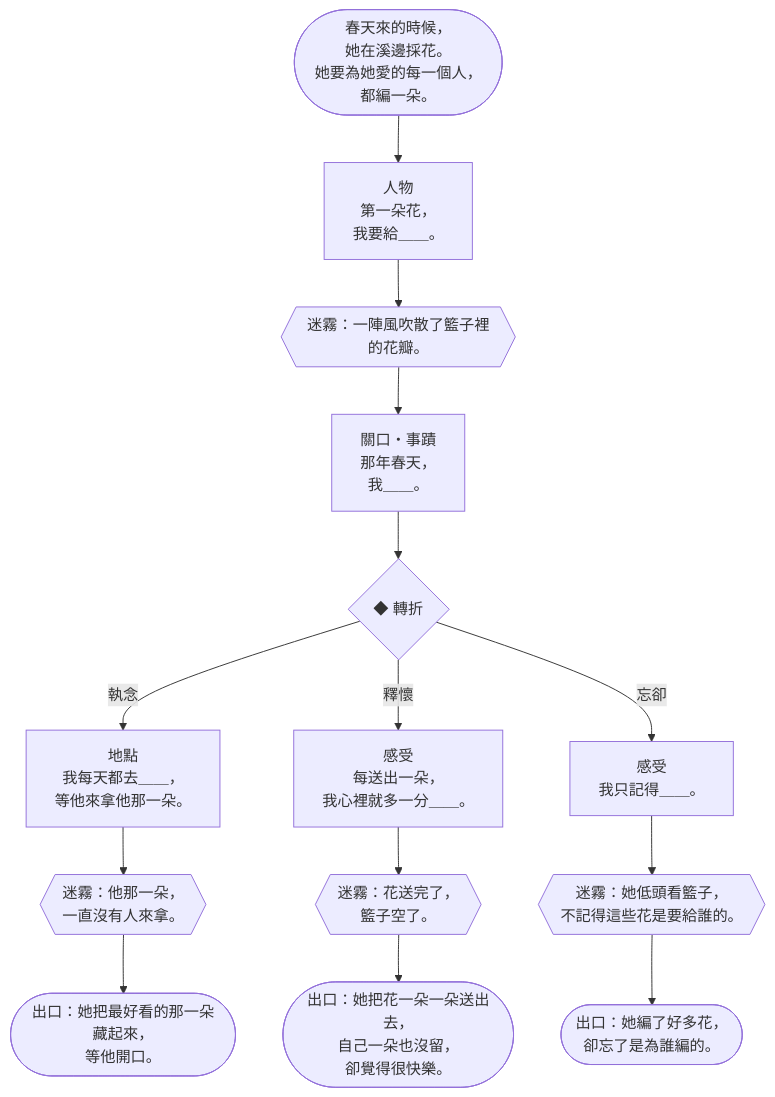
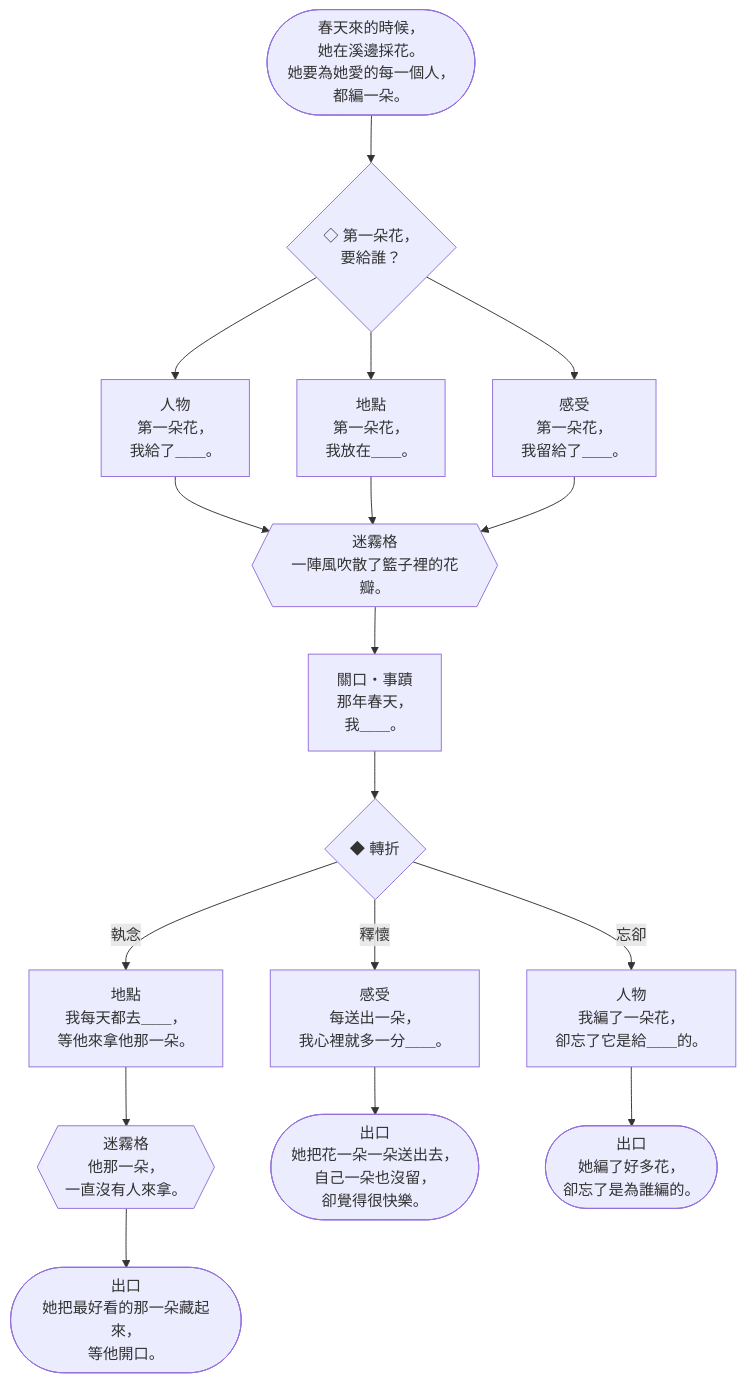
The fourth of 15 diagrams in docs/design/V5-storybooks.zh-TW.md (Ralph-Liu-Hub/Boardgame-Netherbloom), drawn with Mermaid before and after one commit. The commit also changed other lines of this file, not shown here.

````diff
--- a/docs/design/V5-storybooks.zh-TW.md
+++ b/docs/design/V5-storybooks.zh-TW.md
@@ -324,9 +400,33 @@
 ```mermaid
 flowchart TD
-  c0E(["春天來的時候，<br>她在溪邊採花。<br>她要為她愛的每一個人，<br>都編一朵。"]) --> c0A
-  c0A["人物<br>第一朵花，<br>我要給＿＿。"] --> c0M{{"迷霧：一陣風吹散了籃子裡的花瓣。"}}
-  c0M --> c0B["關口・事蹟<br>那年春天，<br>我＿＿。"] --> c0T{"◆ 轉折"}
-  c0T -- 執念 --> c0C0["地點<br>我每天都去＿＿，<br>等他來拿他那一朵。"] --> c0X0{{"迷霧：他那一朵，<br>一直沒有人來拿。"}} --> c0O0(["出口：她把最好看的那一朵藏起來，<br>等他開口。"])
-  c0T -- 釋懷 --> c0C1["感受<br>每送出一朵，<br>我心裡就多一分＿＿。"] --> c0X1{{"迷霧：花送完了，<br>籃子空了。"}} --> c0O1(["出口：她把花一朵一朵送出去，<br>自己一朵也沒留，<br>卻覺得很快樂。"])
-  c0T -- 忘卻 --> c0C2["感受<br>我只記得＿＿。"] --> c0X2{{"迷霧：她低頭看籃子，<br>不記得這些花是要給誰的。"}} --> c0O2(["出口：她編了好多花，<br>卻忘了是為誰編的。"])
+  c0E(["春天來的時候，<br>她在溪邊採花。<br>她要為她愛的每一個人，<br>都編一朵。"]) --> c0p1
+  c0p1{"◇ 第一朵花，<br>要給誰？"}
+  c0p1 --> c0a1
+  c0p1 --> c0a2
+  c0p1 --> c0a3
+  c0a1["人物<br>第一朵花，<br>我給了＿＿。"]
+  c0a1 --> c0x1
+  c0a2["地點<br>第一朵花，<br>我放在＿＿。"]
+  c0a2 --> c0x1
+  c0a3["感受<br>第一朵花，<br>我留給了＿＿。"]
+  c0a3 --> c0x1
+  c0x1{{"迷霧格<br>一陣風吹散了籃子裡的花瓣。"}}
+  c0x1 --> c0b
+  c0b["關口・事蹟<br>那年春天，<br>我＿＿。"]
+  c0b --> c0f
+  c0f{"◆ 轉折"}
+  c0f -- 執念 --> c0c1
+  c0f -- 釋懷 --> c0c2
+  c0f -- 忘卻 --> c0c3
+  c0c1["地點<br>我每天都去＿＿，<br>等他來拿他那一朵。"]
+  c0c1 --> c0x2
+  c0x2{{"迷霧格<br>他那一朵，<br>一直沒有人來拿。"}}
+  c0x2 --> c0o1
+  c0c2["感受<br>每送出一朵，<br>我心裡就多一分＿＿。"]
+  c0c2 --> c0o2
+  c0c3["人物<br>我編了一朵花，<br>卻忘了它是給＿＿的。"]
+  c0c3 --> c0o3
+  c0o1(["出口<br>她把最好看的那一朵藏起來，<br>等他開口。"])
+  c0o2(["出口<br>她把花一朵一朵送出去，<br>自己一朵也沒留，<br>卻覺得很快樂。"])
+  c0o3(["出口<br>她編了好多花，<br>卻忘了是為誰編的。"])
 ```
````
